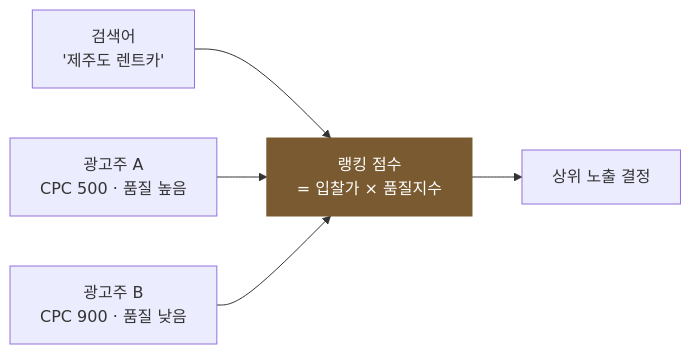
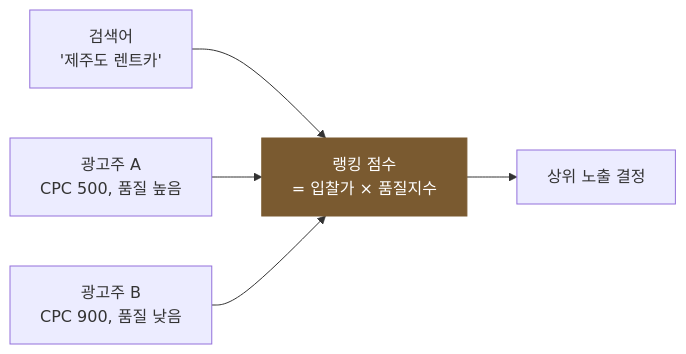
Before and after one commit to chkimsu/adtech-blog: the second of 2 diagrams in posts/kakao-ads-products.md, drawn with Mermaid. The commit also changed other lines of this file and 26 other files, not shown here.

````diff
--- a/posts/kakao-ads-products.md
+++ b/posts/kakao-ads-products.md
@@ -212,8 +212,8 @@
 ```mermaid
 graph LR
     Q["검색어<br/>'제주도 렌트카'"] --> RANK["랭킹 점수<br/>= 입찰가 × 품질지수"]
-    A1["광고주 A<br/>CPC 500 · 품질 높음"] --> RANK
-    A2["광고주 B<br/>CPC 900 · 품질 낮음"] --> RANK
+    A1["광고주 A<br/>CPC 500, 품질 높음"] --> RANK
+    A2["광고주 B<br/>CPC 900, 품질 낮음"] --> RANK
     RANK --> OUT["상위 노출 결정"]
     style RANK fill:#7a5a30,stroke:#7a5a30,color:#fff
 ```
````
